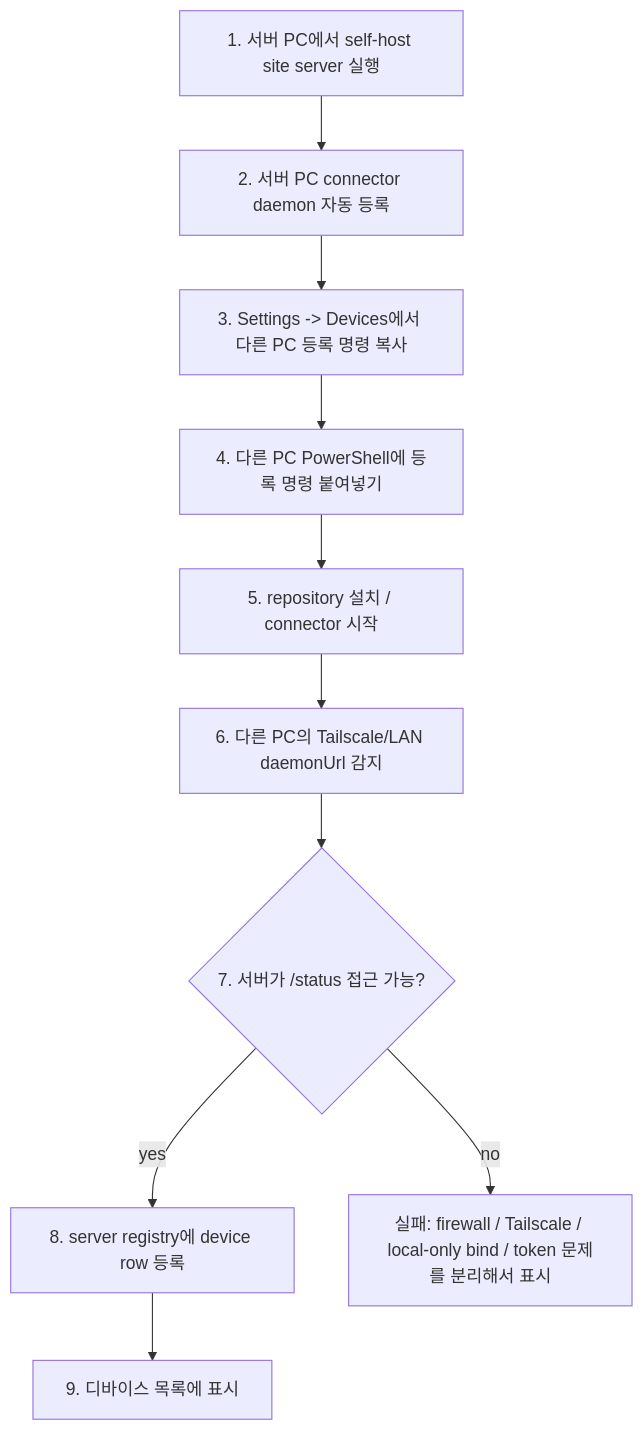
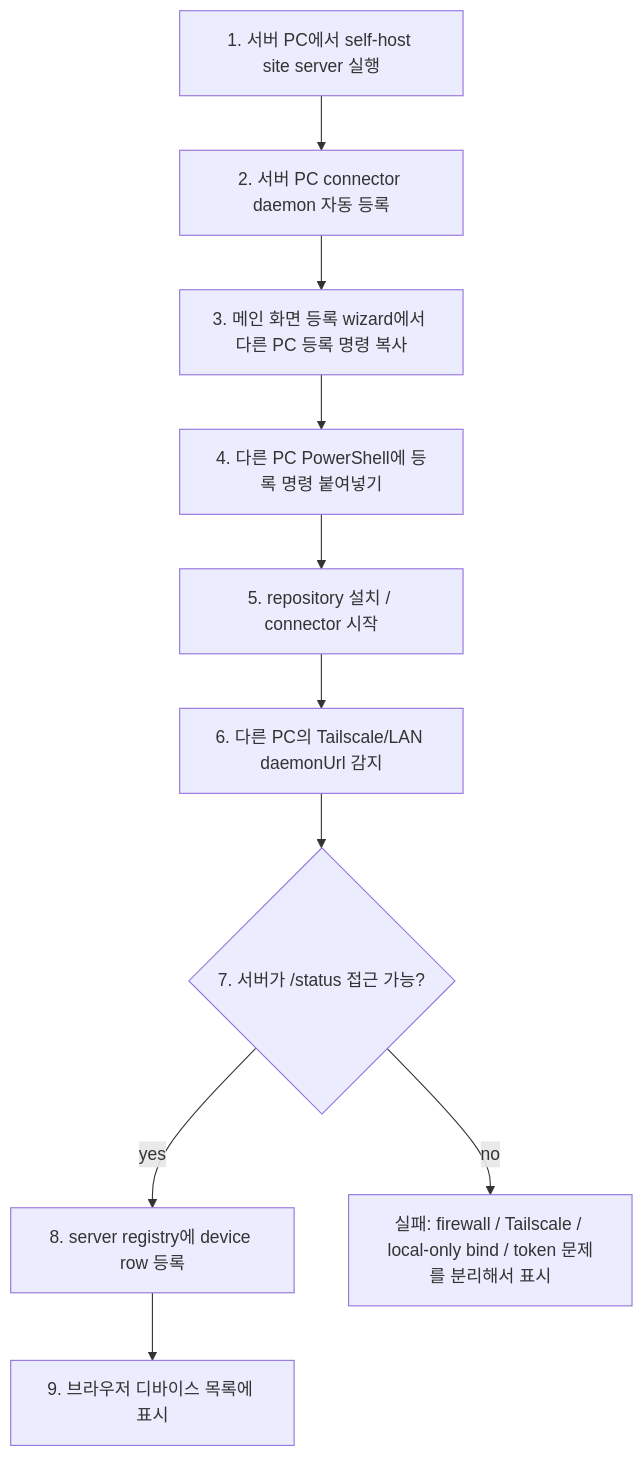
The third of 4 diagrams in README.md (darkhtk/deskrelay), drawn with Mermaid before and after one commit. The commit also changed other lines of this file, not shown here.

````diff
--- a/README.md
+++ b/README.md
@@ -132,17 +137,17 @@
 ```mermaid
 flowchart TD
   A["1. 서버 PC에서 self-host site server 실행"]
   B["2. 서버 PC connector daemon 자동 등록"]
-  C["3. Settings -> Devices에서 다른 PC 등록 명령 복사"]
+  C["3. 메인 화면 등록 wizard에서 다른 PC 등록 명령 복사"]
   D["4. 다른 PC PowerShell에 등록 명령 붙여넣기"]
   E["5. repository 설치 / connector 시작"]
   F["6. 다른 PC의 Tailscale/LAN daemonUrl 감지"]
   G{"7. 서버가 /status 접근 가능?"}
   H["8. server registry에 device row 등록"]
-  I["9. 디바이스 목록에 표시"]
+  I["9. 브라우저 디바이스 목록에 표시"]
   X["실패: firewall / Tailscale / local-only bind / token 문제를 분리해서 표시"]
 
   A --> B --> C --> D --> E --> F --> G
   G -->|yes| H --> I
   G -->|no| X
 ```
````
